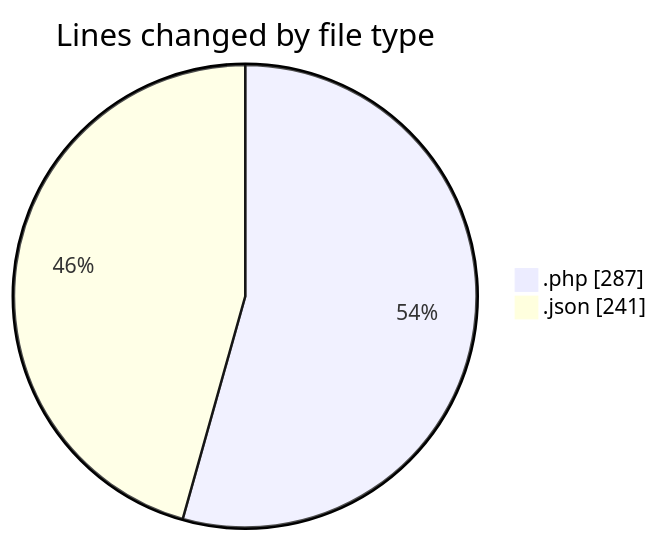
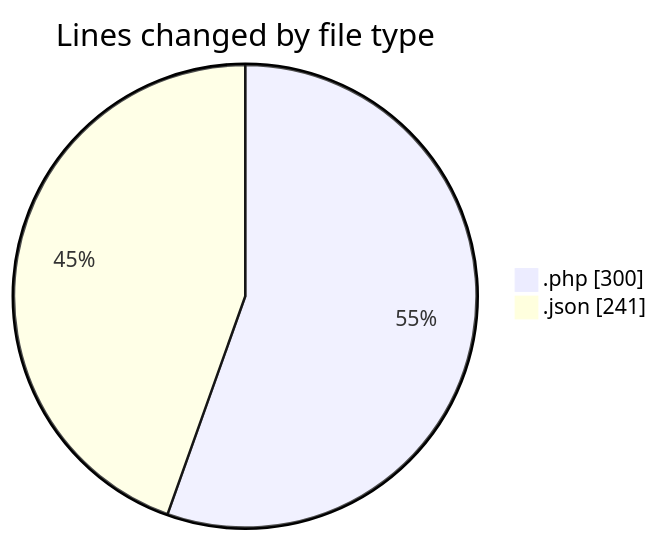
One commit to idhammustaqopulfikri/code-tracking changed the first of 2 diagrams in 2025-03-28/autodidak/README.md. Above: the diagram before and after it, drawn with Mermaid. The commit also changed other lines of this file and 1 other file, not shown here.

````diff
--- a/2025-03-28/autodidak/README.md
+++ b/2025-03-28/autodidak/README.md
@@ -23,6 +23,6 @@
 ```mermaid
 pie showData
 title Lines changed by file type
-".php" : 287
+".php" : 300
 ".json" : 241
 ```
````
